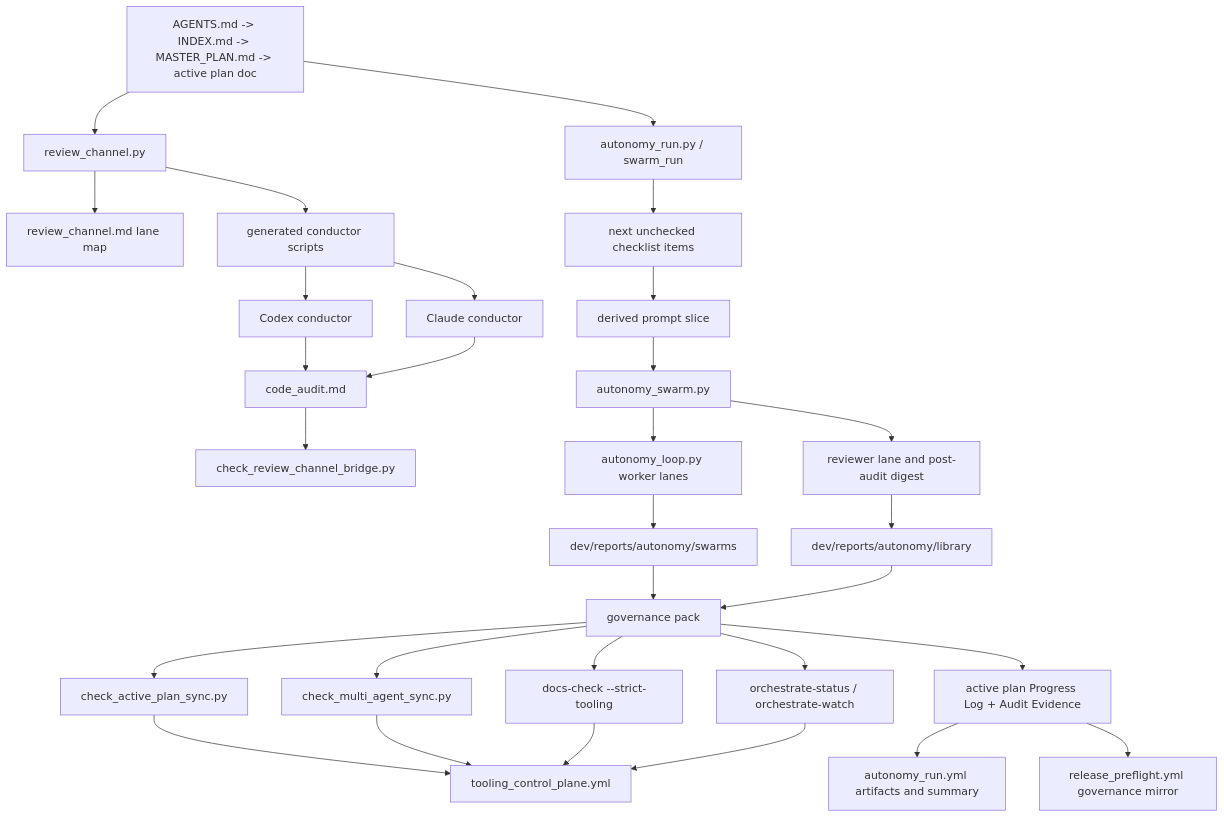
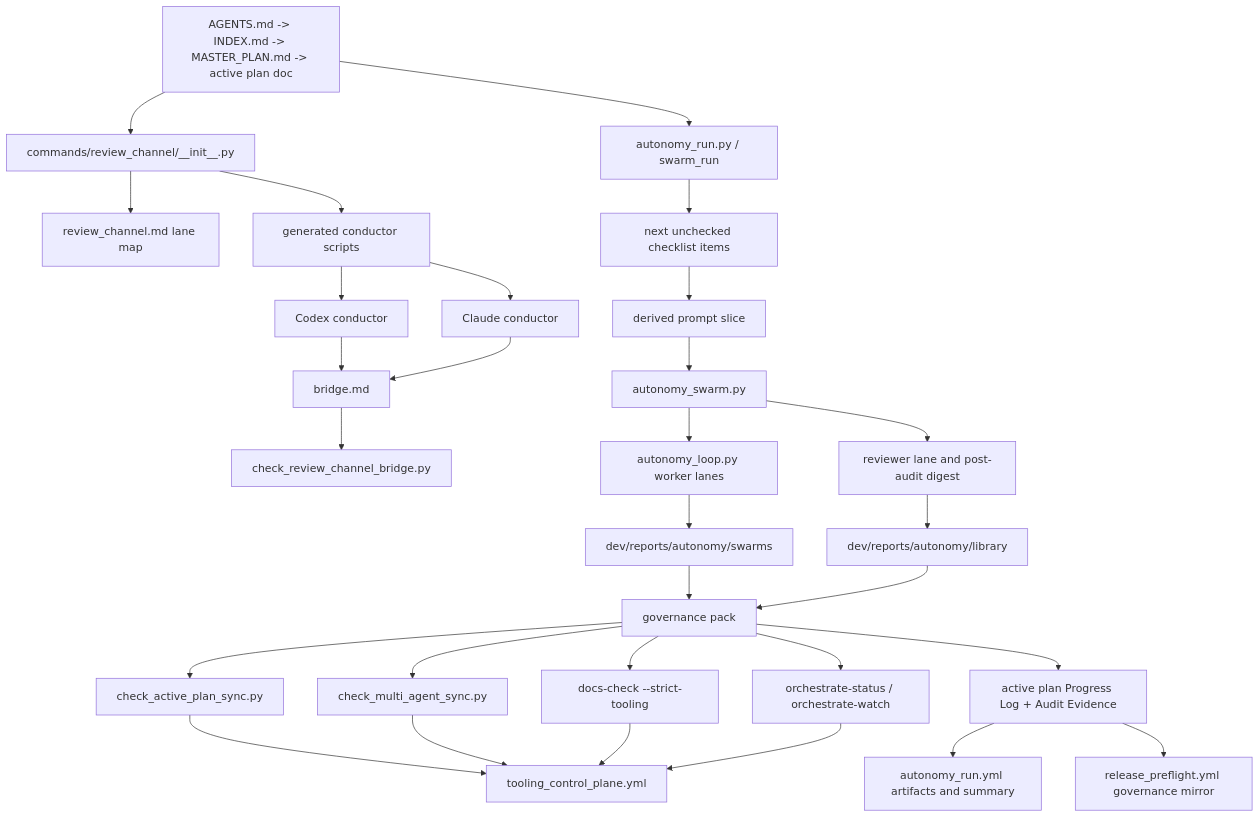
One commit to jguida941/voiceterm changed the fourth of 4 diagrams in dev/guides/AGENT_COLLABORATION_SYSTEM.md. Above: the diagram before and after it, drawn with Mermaid. The commit also changed other lines of this file and 98 other files, not shown here.

````diff
--- a/dev/guides/AGENT_COLLABORATION_SYSTEM.md
+++ b/dev/guides/AGENT_COLLABORATION_SYSTEM.md
@@ -269,36 +269,36 @@
 ```mermaid
 flowchart TD
-  A[AGENTS.md -> INDEX.md -> MASTER_PLAN.md -> active plan doc] --> B[review_channel.py]
+  A[AGENTS.md -> INDEX.md -> MASTER_PLAN.md -> active plan doc] --> B[commands/review_channel/__init__.py]
   A --> C[autonomy_run.py / swarm_run]
 
   B --> D[review_channel.md lane map]
   B --> E[generated conductor scripts]
   E --> F[Codex conductor]
   E --> G[Claude conductor]
-  F --> H[code_audit.md]
+  F --> H[bridge.md]
   G --> H
   H --> I[check_review_channel_bridge.py]
 
   C --> J[next unchecked checklist items]
   J --> K[derived prompt slice]
   K --> L[autonomy_swarm.py]
   L --> M[autonomy_loop.py worker lanes]
   M --> N[dev/reports/autonomy/swarms]
   L --> O[reviewer lane and post-audit digest]
   O --> P[dev/reports/autonomy/library]
   N --> Q[governance pack]
   P --> Q
 
   Q --> R[check_active_plan_sync.py]
   Q --> S[check_multi_agent_sync.py]
   Q --> T[docs-check --strict-tooling]
   Q --> U[orchestrate-status / orchestrate-watch]
   Q --> V[active plan Progress Log + Audit Evidence]
 
   R --> W[tooling_control_plane.yml]
   S --> W
   T --> W
   U --> W
   V --> X[autonomy_run.yml artifacts and summary]
   V --> Y[release_preflight.yml governance mirror]
 ```
````
